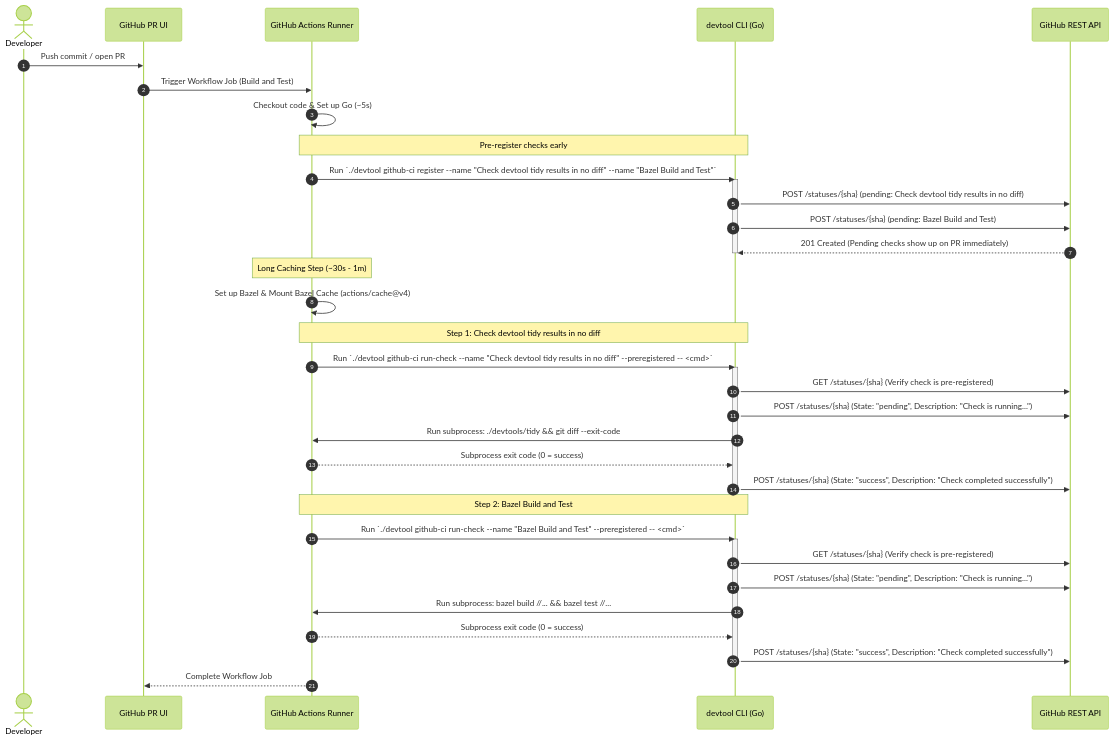
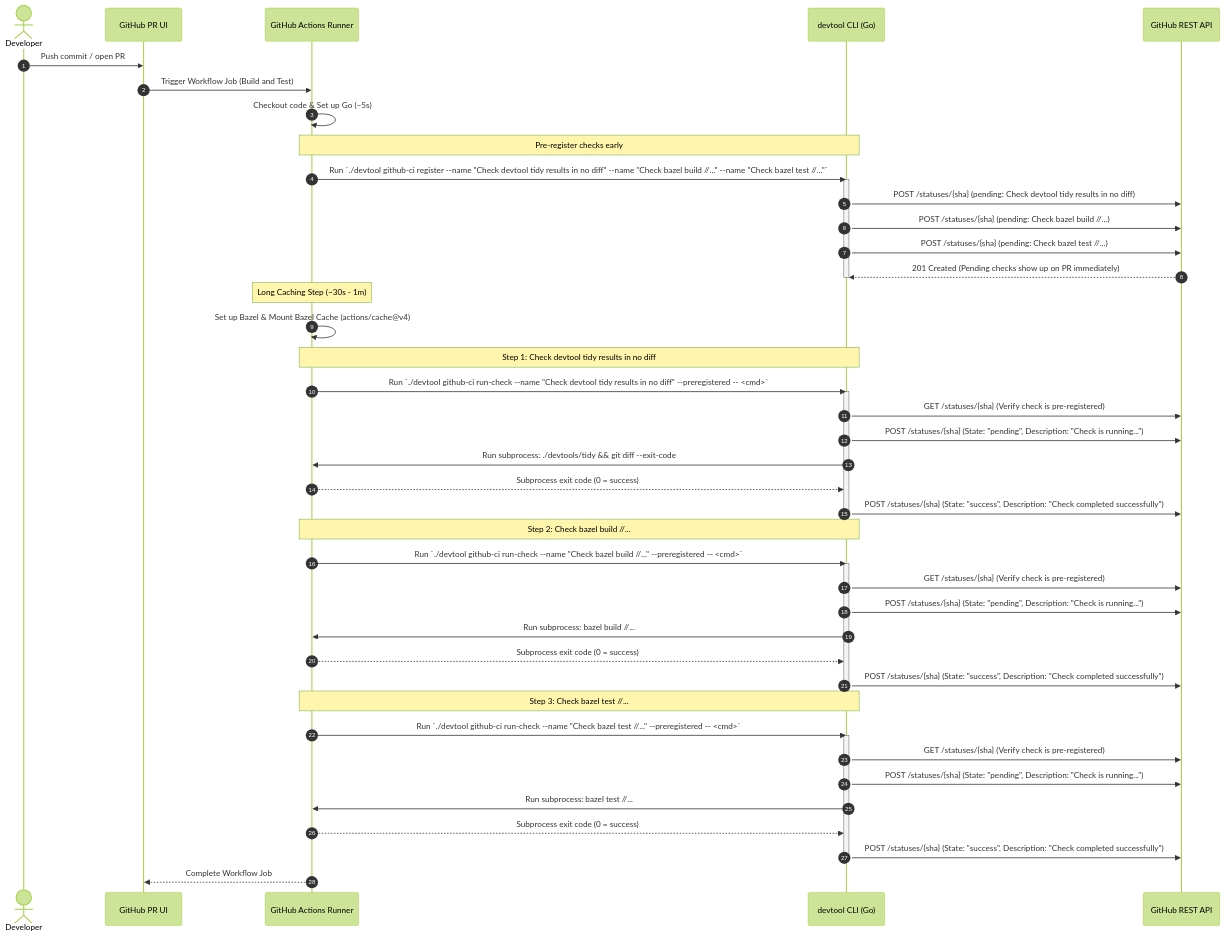
Before and after one commit to gonzojive/webcad: the diagram in .github/workflows/README.md, drawn with Mermaid (forest theme). The commit also changed other lines of this file and 1 other file, not shown here.

Commit message:
feat(ci): split bazel build and test steps into separate status checks

````diff
--- a/.github/workflows/README.md
+++ b/.github/workflows/README.md
@@ -24,47 +24,58 @@
 ```mermaid
 sequenceDiagram
     autonumber
     actor Developer
     participant GitHub as GitHub PR UI
     participant runner as GitHub Actions Runner
     participant devtool as devtool CLI (Go)
     participant GH_API as GitHub REST API
 
     Developer->>GitHub: Push commit / open PR
     GitHub->>runner: Trigger Workflow Job (Build and Test)
     
     runner->>runner: Checkout code & Set up Go (~5s)
     
     note over runner, devtool: Pre-register checks early
-    runner->>devtool: Run `./devtool github-ci register --name "Check devtool tidy results in no diff" --name "Bazel Build and Test"`
+    runner->>devtool: Run `./devtool github-ci register --name "Check devtool tidy results in no diff" --name "Check bazel build //..." --name "Check bazel test //..."`
     activate devtool
     devtool->>GH_API: POST /statuses/{sha} (pending: Check devtool tidy results in no diff)
-    devtool->>GH_API: POST /statuses/{sha} (pending: Bazel Build and Test)
+    devtool->>GH_API: POST /statuses/{sha} (pending: Check bazel build //...)
+    devtool->>GH_API: POST /statuses/{sha} (pending: Check bazel test //...)
     GH_API-->>devtool: 201 Created (Pending checks show up on PR immediately)
     deactivate devtool
     
     note over runner: Long Caching Step (~30s - 1m)
     runner->>runner: Set up Bazel & Mount Bazel Cache (actions/cache@v4)
     
     note over runner, devtool: Step 1: Check devtool tidy results in no diff
     runner->>devtool: Run `./devtool github-ci run-check --name "Check devtool tidy results in no diff" --preregistered -- <cmd>`
     activate devtool
     devtool->>GH_API: GET /statuses/{sha} (Verify check is pre-registered)
     devtool->>GH_API: POST /statuses/{sha} (State: "pending", Description: "Check is running...")
     devtool->>runner: Run subprocess: ./devtools/tidy && git diff --exit-code
     runner-->>devtool: Subprocess exit code (0 = success)
     devtool->>GH_API: POST /statuses/{sha} (State: "success", Description: "Check completed successfully")
     deactivate devtool
 
-    note over runner, devtool: Step 2: Bazel Build and Test
-    runner->>devtool: Run `./devtool github-ci run-check --name "Bazel Build and Test" --preregistered -- <cmd>`
+    note over runner, devtool: Step 2: Check bazel build //...
+    runner->>devtool: Run `./devtool github-ci run-check --name "Check bazel build //..." --preregistered -- <cmd>`
     activate devtool
     devtool->>GH_API: GET /statuses/{sha} (Verify check is pre-registered)
     devtool->>GH_API: POST /statuses/{sha} (State: "pending", Description: "Check is running...")
-    devtool->>runner: Run subprocess: bazel build //... && bazel test //...
+    devtool->>runner: Run subprocess: bazel build //...
+    runner-->>devtool: Subprocess exit code (0 = success)
+    devtool->>GH_API: POST /statuses/{sha} (State: "success", Description: "Check completed successfully")
+    deactivate devtool
+
+    note over runner, devtool: Step 3: Check bazel test //...
+    runner->>devtool: Run `./devtool github-ci run-check --name "Check bazel test //..." --preregistered -- <cmd>`
+    activate devtool
+    devtool->>GH_API: GET /statuses/{sha} (Verify check is pre-registered)
+    devtool->>GH_API: POST /statuses/{sha} (State: "pending", Description: "Check is running...")
+    devtool->>runner: Run subprocess: bazel test //...
     runner-->>devtool: Subprocess exit code (0 = success)
     devtool->>GH_API: POST /statuses/{sha} (State: "success", Description: "Check completed successfully")
     deactivate devtool
     
     runner-->>GitHub: Complete Workflow Job
 ```
````
